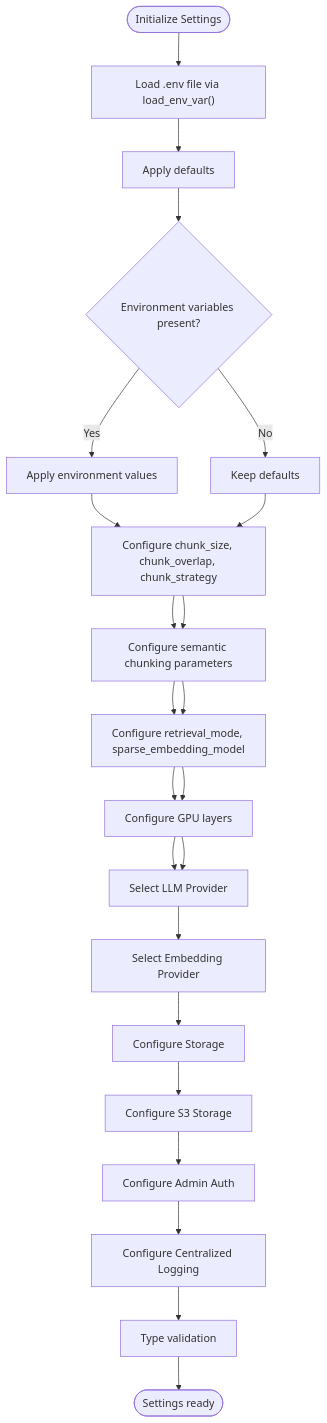
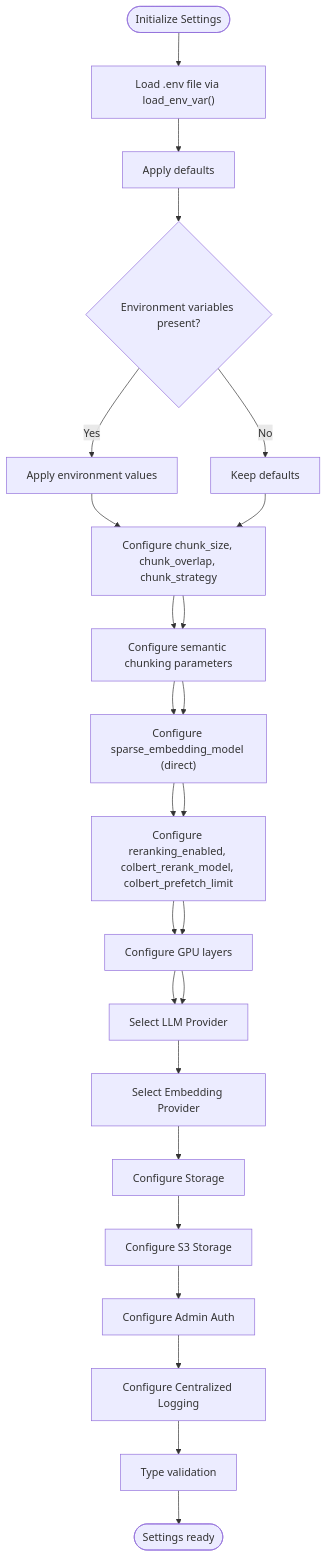
The fifth of 14 diagrams in .qoder/repowiki/en/content/Configuration Management.md (ognelis/cafetera_hr_bot), drawn with Mermaid before and after one commit. The commit also changed other lines of this file and 27 other files, not shown here.

Commit message:
CAFETERA-42 hybrid rerank search

````diff
--- a/.qoder/repowiki/en/content/Configuration Management.md
+++ b/.qoder/repowiki/en/content/Configuration Management.md
@@ -453,25 +502,27 @@
 ```mermaid
 flowchart TD
 Start(["Initialize Settings"]) --> LoadEnv["Load .env file via load_env_var()"]
 LoadEnv --> Defaults["Apply defaults"]
 Defaults --> EnvOverride{"Environment variables present?"}
 EnvOverride --> |Yes| ApplyEnv["Apply environment values"]
 EnvOverride --> |No| KeepDefaults["Keep defaults"]
 ApplyEnv --> ChunkingConfig["Configure chunk_size, chunk_overlap, chunk_strategy"]
 ChunkingConfig --> SemanticConfig["Configure semantic chunking parameters"]
-SemanticConfig --> HybridConfig["Configure retrieval_mode, sparse_embedding_model"]
-HybridConfig --> GPUCfg["Configure GPU layers"]
+SemanticConfig --> HybridConfig["Configure sparse_embedding_model (direct)"]
+HybridConfig --> RerankingConfig["Configure reranking_enabled, colbert_rerank_model, colbert_prefetch_limit"]
+RerankingConfig --> GPUCfg["Configure GPU layers"]
 GPUCfg --> ProviderSelect["Select LLM Provider"]
 ProviderSelect --> EmbeddingSelect["Select Embedding Provider"]
 EmbeddingSelect --> StorageConfig["Configure Storage"]
 StorageConfig --> S3Config["Configure S3 Storage"]
 S3Config --> AdminConfig["Configure Admin Auth"]
 AdminConfig --> LoggingConfig["Configure Centralized Logging"]
 LoggingConfig --> Validate["Type validation"]
 KeepDefaults --> ChunkingConfig
 ChunkingConfig --> SemanticConfig
 SemanticConfig --> HybridConfig
-HybridConfig --> GPUCfg
+HybridConfig --> RerankingConfig
+RerankingConfig --> GPUCfg
 GPUCfg --> ProviderSelect
 Validate --> Done(["Settings ready"])
 ```
````
